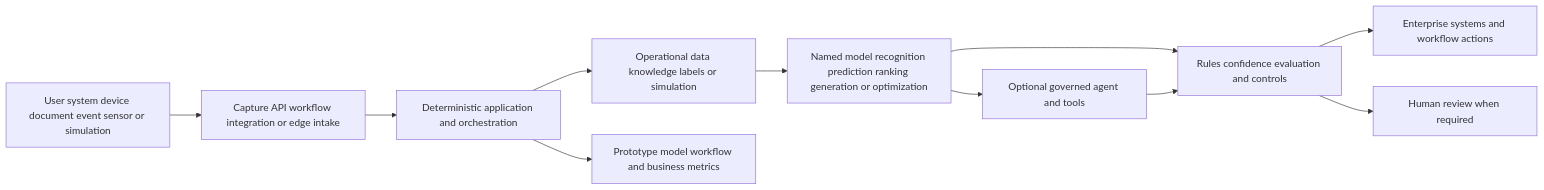
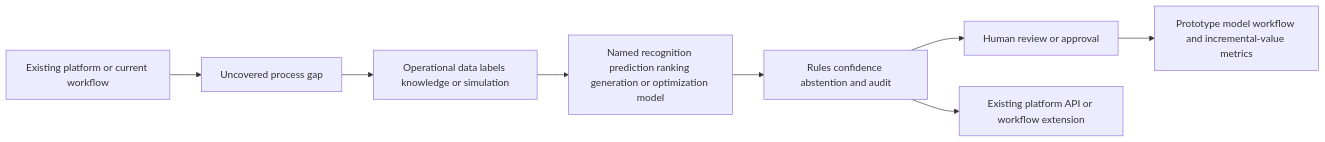
One commit to wildersa/azure_ref_kit changed the second of 2 diagrams in docs/opportunities/opportunity-template.md. Above: the diagram before and after it, drawn with Mermaid. The commit also changed other lines of this file, not shown here.

Commit message:
docs: add existing solution landscape to opportunity template

````diff
--- a/docs/opportunities/opportunity-template.md
+++ b/docs/opportunities/opportunity-template.md
@@ -167,13 +187,10 @@
 ```mermaid
 flowchart LR
-  Input[User system device document event sensor or simulation] --> Intake[Capture API workflow integration or edge intake]
-  Intake --> Core[Deterministic application and orchestration]
-  Core --> Data[Operational data knowledge labels or simulation]
-  Data --> Model[Named model recognition prediction ranking generation or optimization]
-  Model --> Agent[Optional governed agent and tools]
-  Model --> Validation[Rules confidence evaluation and controls]
-  Agent --> Validation
-  Validation --> Integration[Enterprise systems and workflow actions]
-  Validation --> Human[Human review when required]
-  Core --> Metrics[Prototype model workflow and business metrics]
+  Existing[Existing platform or current workflow] --> Gap[Uncovered process gap]
+  Gap --> Data[Operational data labels knowledge or simulation]
+  Data --> Model[Named recognition prediction ranking generation or optimization model]
+  Model --> Controls[Rules confidence abstention and audit]
+  Controls --> Human[Human review or approval]
+  Controls --> Integration[Existing platform API or workflow extension]
+  Human --> Metrics[Prototype model workflow and incremental-value metrics]
 ```
````
